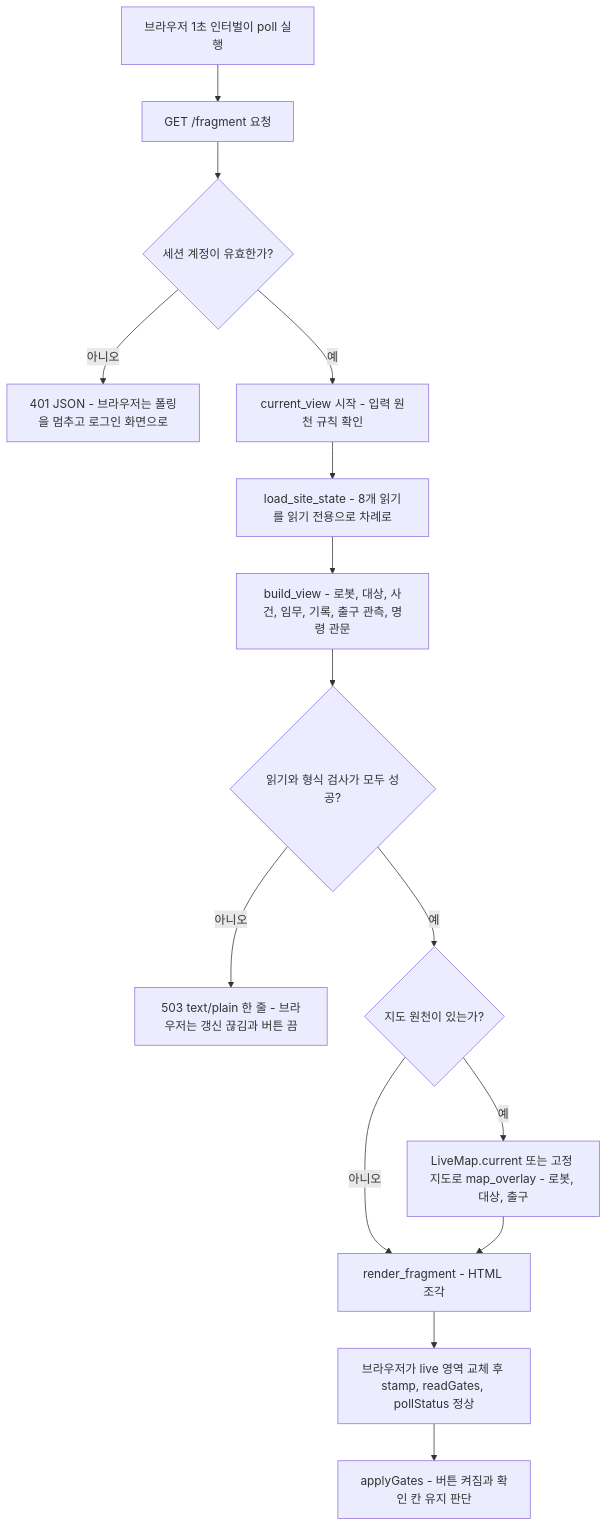
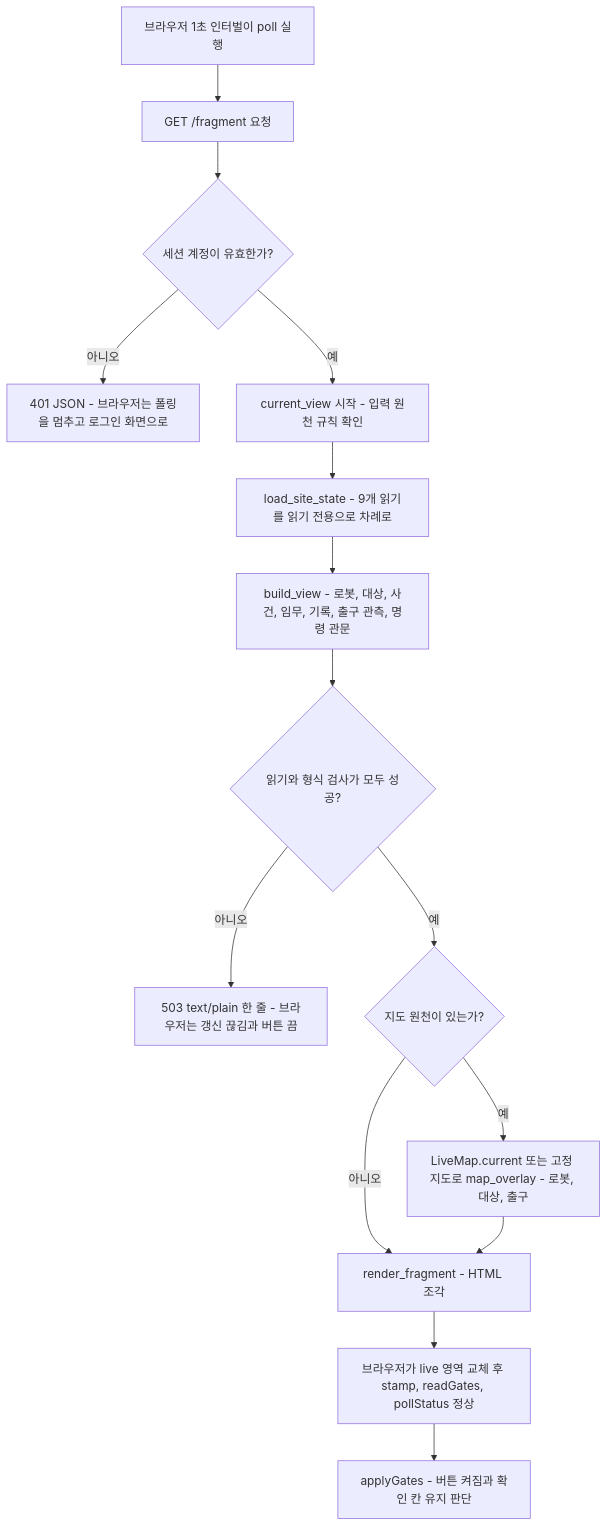
The first of 2 diagrams in docs/design/console-spec.md (mi1nn/ROKEY-7-public), drawn with Mermaid before and after one commit. The commit also changed other lines of this file and 4 other files, not shown here.

````diff
--- a/docs/design/console-spec.md
+++ b/docs/design/console-spec.md
@@ -700,17 +723,17 @@
 ```mermaid
 flowchart TD
   A["브라우저 1초 인터벌이 poll 실행"] --> B["GET /fragment 요청"]
   B --> C{"세션 계정이 유효한가?"}
   C -->|아니오| D["401 JSON - 브라우저는 폴링을 멈추고 로그인 화면으로"]
   C -->|예| E["current_view 시작 - 입력 원천 규칙 확인"]
-  E --> F["load_site_state - 8개 읽기를 읽기 전용으로 차례로"]
+  E --> F["load_site_state - 9개 읽기를 읽기 전용으로 차례로"]
   F --> I["build_view - 로봇, 대상, 사건, 임무, 기록, 출구 관측, 명령 관문"]
   I --> G{"읽기와 형식 검사가 모두 성공?"}
   G -->|아니오| H["503 text/plain 한 줄 - 브라우저는 갱신 끊김과 버튼 끔"]
   G -->|예| J{"지도 원천이 있는가?"}
   J -->|예| K["LiveMap.current 또는 고정 지도로 map_overlay - 로봇, 대상, 출구"]
   J -->|아니오| L["render_fragment - HTML 조각"]
   K --> L
   L --> M["브라우저가 live 영역 교체 후 stamp, readGates, pollStatus 정상"]
   M --> N["applyGates - 버튼 켜짐과 확인 칸 유지 판단"]
 ```
````
